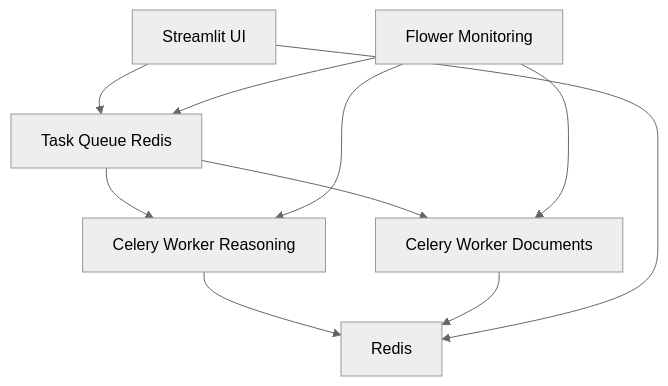
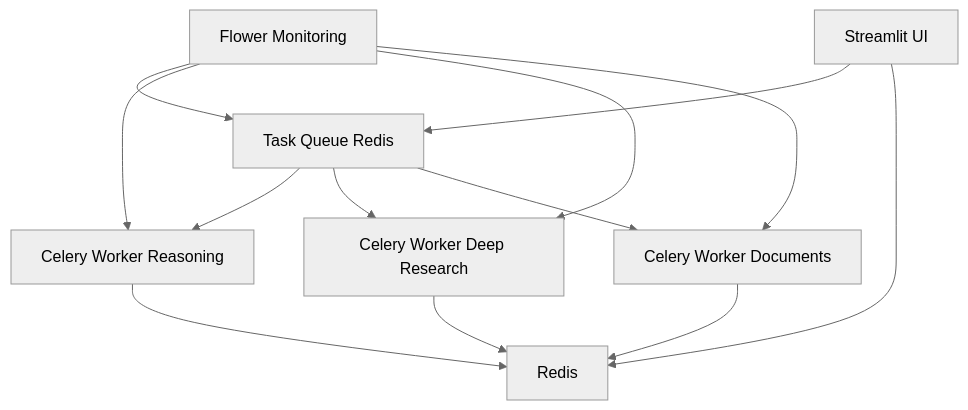
One commit to khaosans/basic-chat changed the ninth of 12 diagrams in docs/ARCHITECTURE.md. Above: the diagram before and after it, drawn with Mermaid (neutral theme). The commit also changed other lines of this file and 9 other files, not shown here.

Commit message:
feat: Add deep research mode with task management and UI toggle

````diff
--- a/docs/ARCHITECTURE.md
+++ b/docs/ARCHITECTURE.md
@@ -428,19 +428,23 @@
 ```mermaid
 graph TD
     UI[Streamlit UI]
     TASKQ[Task Queue Redis]
     WORKER1[Celery Worker Reasoning]
-    WORKER2[Celery Worker Documents]
+    WORKER2[Celery Worker Deep Research]
+    WORKER3[Celery Worker Documents]
     FLOWER[Flower Monitoring]
     REDIS[Redis]
 
     UI --> TASKQ
     TASKQ --> WORKER1
     TASKQ --> WORKER2
+    TASKQ --> WORKER3
     WORKER1 --> REDIS
     WORKER2 --> REDIS
+    WORKER3 --> REDIS
     FLOWER --> TASKQ
     FLOWER --> WORKER1
     FLOWER --> WORKER2
+    FLOWER --> WORKER3
     UI --> REDIS
 ```
````
